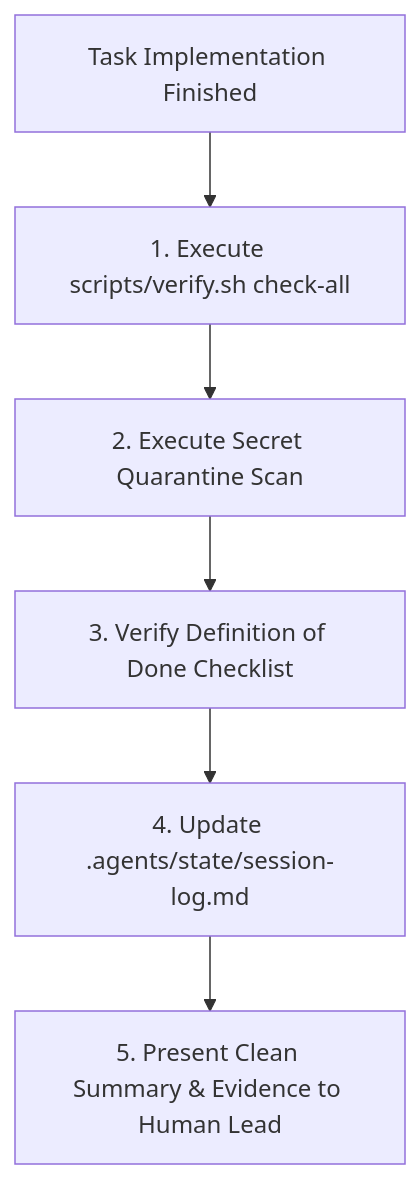
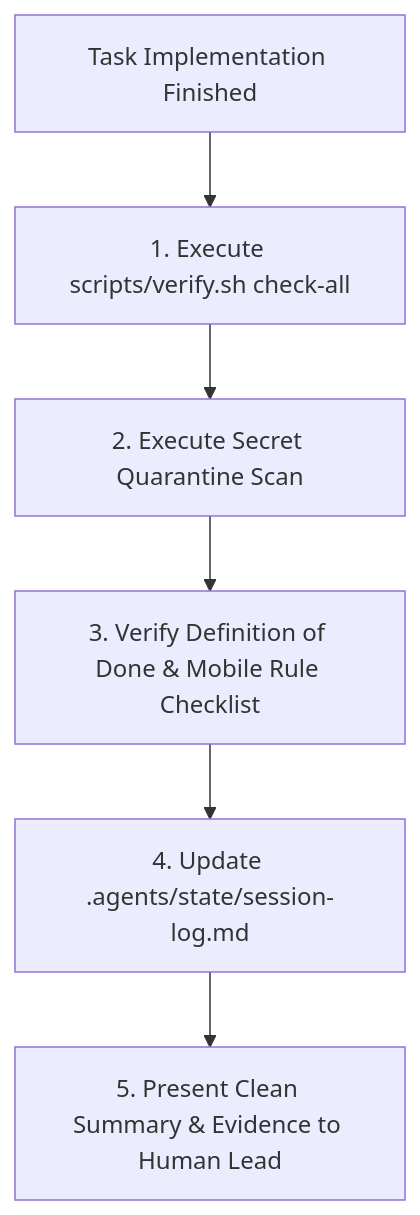
Before and after one commit to malejandro80/hubik-mobile: the diagram in .agents/skills/verify-and-ship/SKILL.md, drawn with Mermaid. The commit also changed other lines of this file and 29 other files, not shown here.

````diff
--- a/.agents/skills/verify-and-ship/SKILL.md
+++ b/.agents/skills/verify-and-ship/SKILL.md
@@ -23,8 +23,8 @@
 ```mermaid
 flowchart TD
     Task[Task Implementation Finished] --> Toolchain[1. Execute scripts/verify.sh check-all]
     Toolchain --> Secret[2. Execute Secret Quarantine Scan]
-    Secret --> DoD[3. Verify Definition of Done Checklist]
+    Secret --> DoD[3. Verify Definition of Done & Mobile Rule Checklist]
     DoD --> Ledger[4. Update .agents/state/session-log.md]
     Ledger --> Handoff[5. Present Clean Summary & Evidence to Human Lead]
 ```
````
